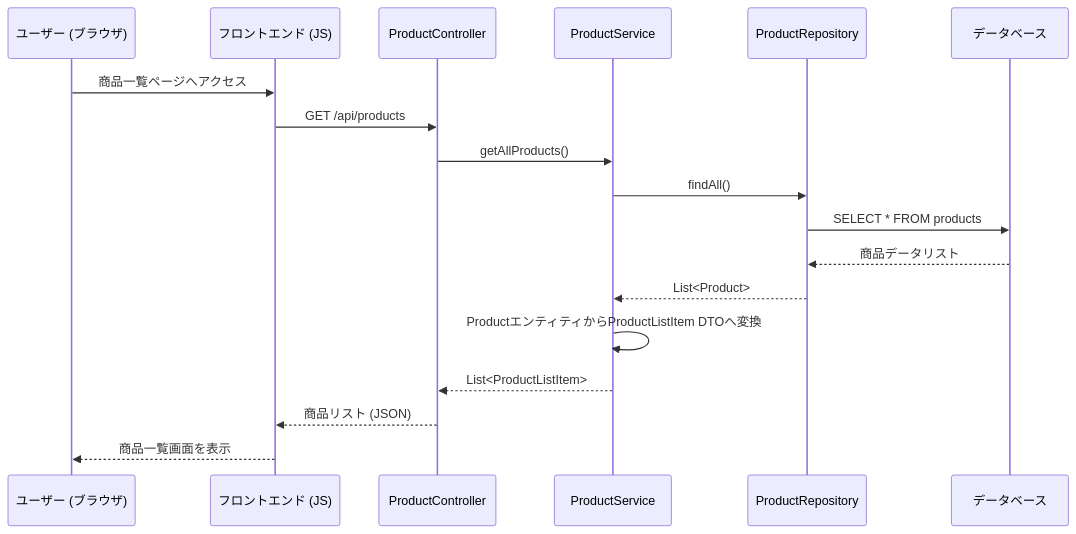
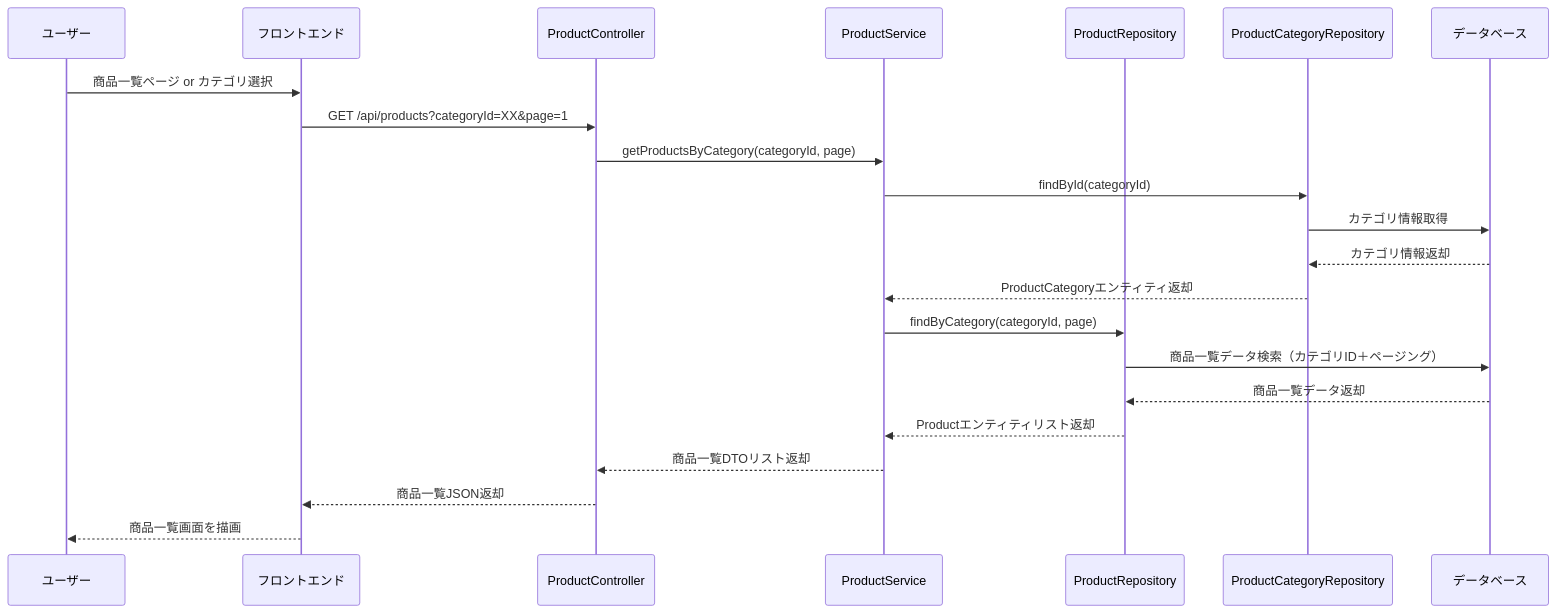
Before and after one commit to Aoi-Yaegashi/teamF: the first of 28 diagrams in 詳細設計/担当B_村田/3.2 機能詳細.md, drawn with Mermaid. The commit also changed other lines of this file and 1 other file, not shown here.

```diff
--- a/詳細設計/担当B_村田/3.2 機能詳細.md
+++ b/詳細設計/担当B_村田/3.2 機能詳細.md
@@ -9,21 +7,25 @@
-<div class="mermaid">
-sequenceDiagram
-    participant User as ユーザー (ブラウザ)
-    participant FE as フロントエンド (JS)
-    participant ProductController
-    participant ProductService
-    participant ProductRepository
+   <div class="mermaid">
+   sequenceDiagram
+    participant User as ユーザー
+    participant Browser as フロントエンド
+    participant Controller as ProductController
+    participant Service as ProductService
+    participant ProductRepo as ProductRepository
+    participant CategoryRepo as ProductCategoryRepository
     participant DB as データベース
 
-    User->>FE: 商品一覧ページへアクセス
-    FE->>ProductController: GET /api/products
-    ProductController->>ProductService: getAllProducts()
-    ProductService->>ProductRepository: findAll()
-    ProductRepository->>DB: SELECT * FROM products
-    DB-->>ProductRepository: 商品データリスト
-    ProductRepository-->>ProductService: List<Product>
-    ProductService->>ProductService: ProductエンティティからProductListItem DTOへ変換
-    ProductService-->>ProductController: List<ProductListItem>
-    ProductController-->>FE: 商品リスト (JSON)
-    FE-->>User: 商品一覧画面を表示
+    User->>Browser: 商品一覧ページ or カテゴリ選択
+    Browser->>Controller: GET /api/products?categoryId=XX&page=1
+    Controller->>Service: getProductsByCategory(categoryId, page)
+    Service->>CategoryRepo: findById(categoryId)
+    CategoryRepo->>DB: カテゴリ情報取得
+    DB-->>CategoryRepo: カテゴリ情報返却
+    CategoryRepo-->>Service: ProductCategoryエンティティ返却
+    Service->>ProductRepo: findByCategory(categoryId, page)
+    ProductRepo->>DB: 商品一覧データ検索（カテゴリID＋ページング）
+    DB-->>ProductRepo: 商品一覧データ返却
+    ProductRepo-->>Service: Productエンティティリスト返却
+    Service-->>Controller: 商品一覧DTOリスト返却
+    Controller-->>Browser: 商品一覧JSON返却
+    Browser-->>User: 商品一覧画面を描画
 </div>
```
